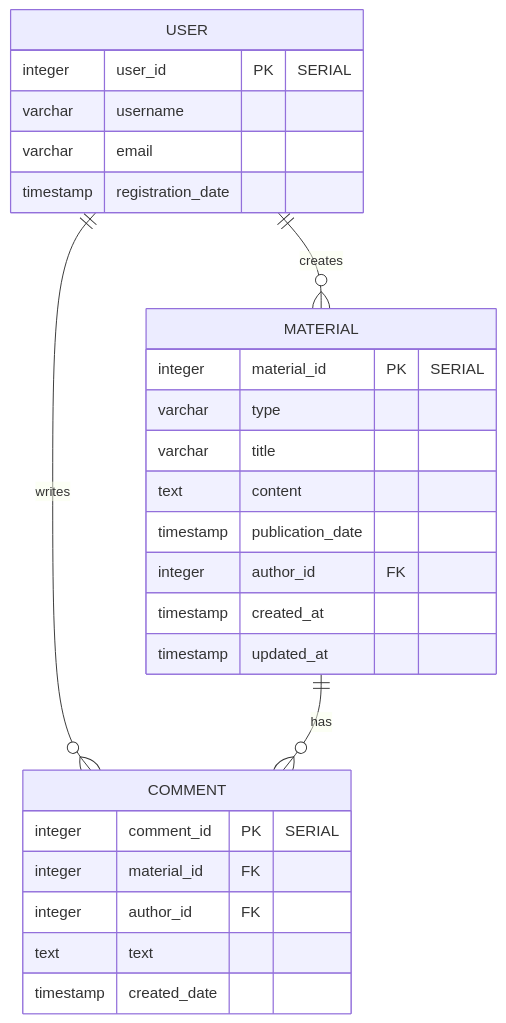
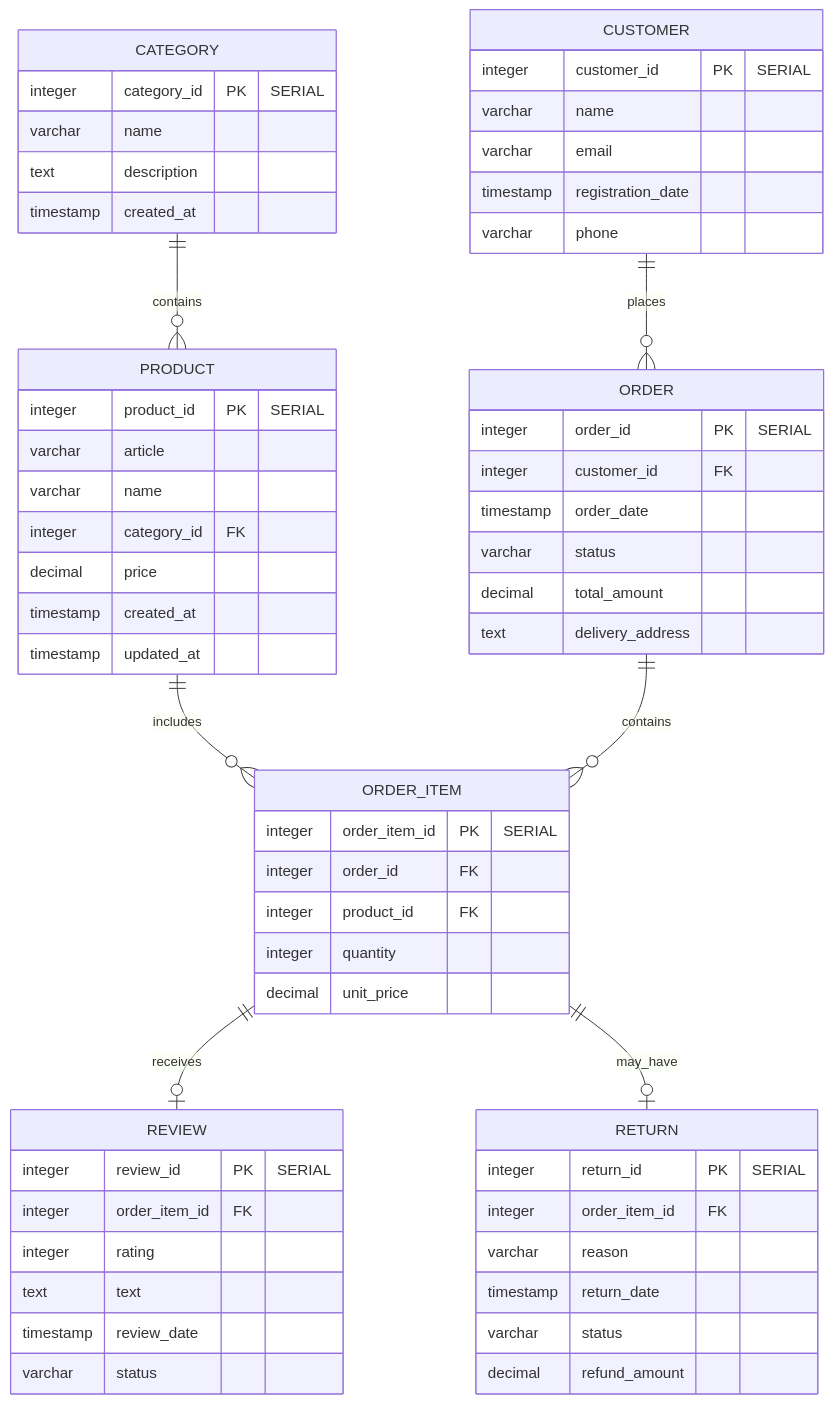
The first of 3 diagrams in README.md (Vladislav0-hub/Lab-Database), drawn with Mermaid before and after one commit. The commit also changed other lines of this file, not shown here.

````diff
--- a/README.md
+++ b/README.md
@@ -211,32 +316,69 @@
 ```mermaid
 erDiagram
-    USER ||--o{ MATERIAL : creates
-    USER ||--o{ COMMENT : writes
-    MATERIAL ||--o{ COMMENT : has
+    CATEGORY ||--o{ PRODUCT : contains
+    PRODUCT ||--o{ ORDER_ITEM : includes
+    CUSTOMER ||--o{ ORDER : places
+    ORDER ||--o{ ORDER_ITEM : contains
+    ORDER_ITEM ||--o| REVIEW : receives
+    ORDER_ITEM ||--o| RETURN : may_have
     
-    USER {
-        integer user_id PK "SERIAL"
-        varchar username
-        varchar email
-        timestamp registration_date
+    CATEGORY {
+        integer category_id PK "SERIAL"
+        varchar name
+        text description
+        timestamp created_at
     }
     
-    MATERIAL {
-        integer material_id PK "SERIAL"
-        varchar type
-        varchar title
-        text content
-        timestamp publication_date
-        integer author_id FK
+    PRODUCT {
+        integer product_id PK "SERIAL"
+        varchar article
+        varchar name
+        integer category_id FK
+        decimal price
         timestamp created_at
         timestamp updated_at
     }
     
-    COMMENT {
-        integer comment_id PK "SERIAL"
-        integer material_id FK
-        integer author_id FK
+    CUSTOMER {
+        integer customer_id PK "SERIAL"
+        varchar name
+        varchar email
+        timestamp registration_date
+        varchar phone
+    }
+    
+    ORDER {
+        integer order_id PK "SERIAL"
+        integer customer_id FK
+        timestamp order_date
+        varchar status
+        decimal total_amount
+        text delivery_address
+    }
+    
+    ORDER_ITEM {
+        integer order_item_id PK "SERIAL"
+        integer order_id FK
+        integer product_id FK
+        integer quantity
+        decimal unit_price
+    }
+    
+    REVIEW {
+        integer review_id PK "SERIAL"
+        integer order_item_id FK
+        integer rating
         text text
-        timestamp created_date
+        timestamp review_date
+        varchar status
+    }
+    
+    RETURN {
+        integer return_id PK "SERIAL"
+        integer order_item_id FK
+        varchar reason
+        timestamp return_date
+        varchar status
+        decimal refund_amount
     }
 ```
````
